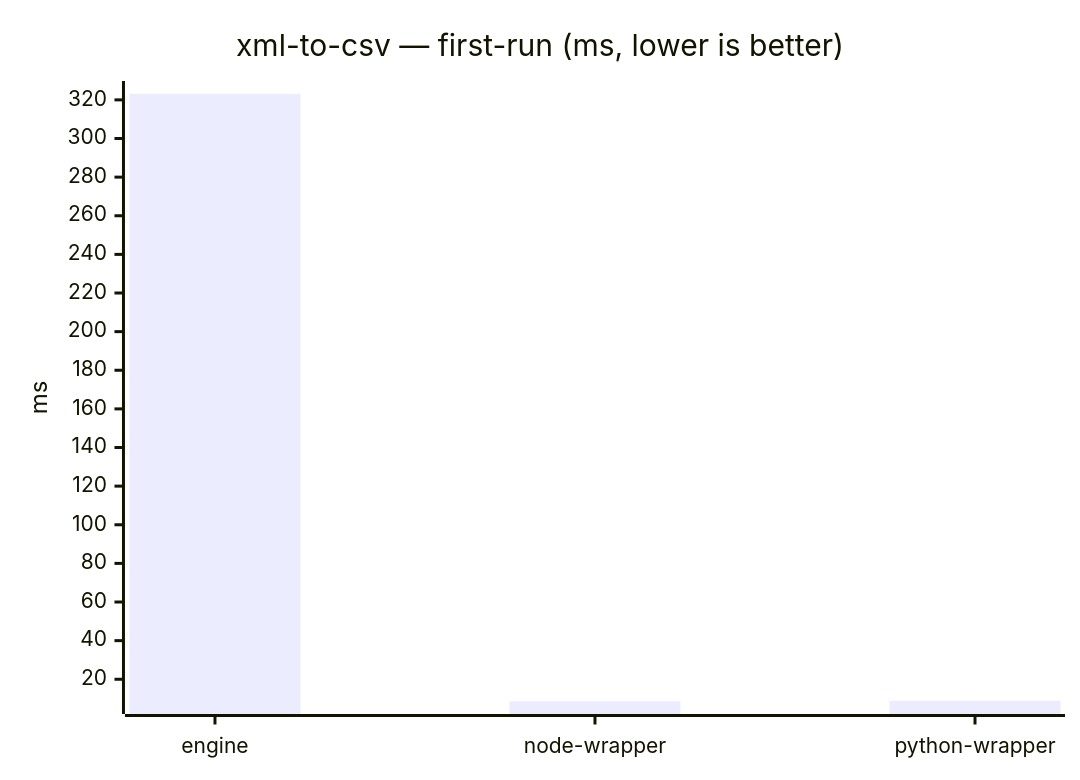
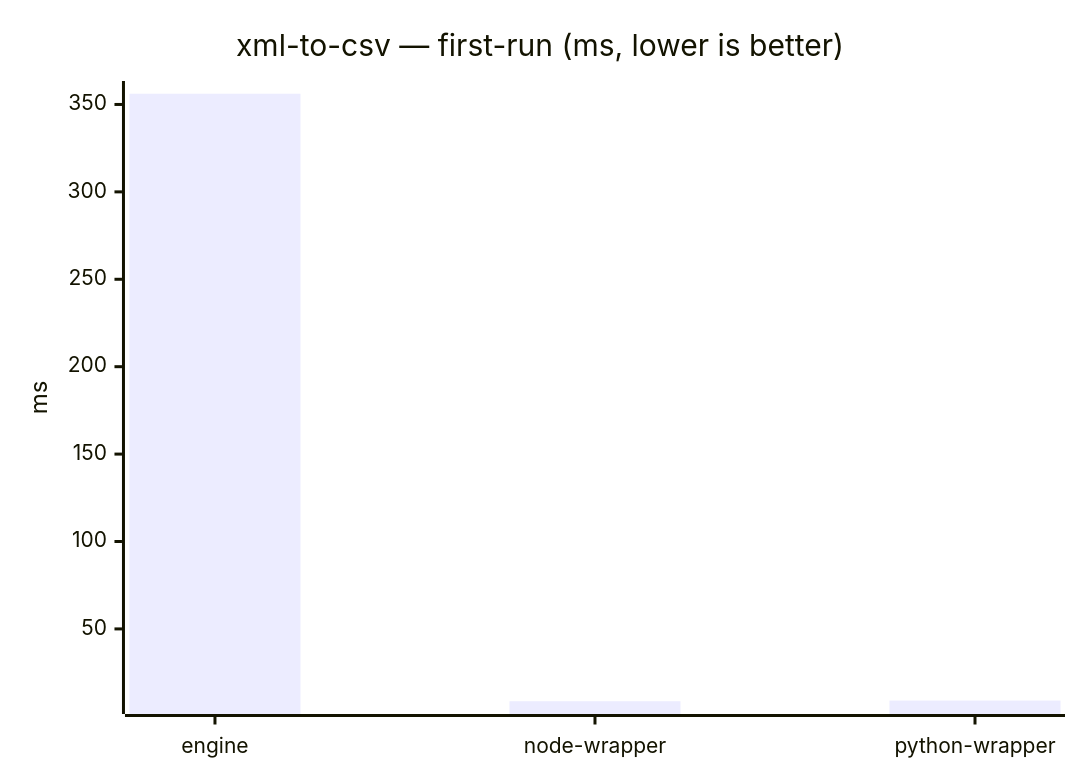
One commit to mulesoft/data-weave-cli changed the ninth of 23 diagrams in benchmarks/report/RESULTS.md. Above: the diagram before and after it, drawn with Mermaid. The commit also changed other lines of this file, not shown here.

````diff
--- a/benchmarks/report/RESULTS.md
+++ b/benchmarks/report/RESULTS.md
@@ -116,7 +116,7 @@
 ```mermaid
 xychart-beta
     title "xml-to-csv — first-run (ms, lower is better)"
     x-axis ["engine", "node-wrapper", "python-wrapper"]
     y-axis "ms"
-    bar [323.172, 8.615, 8.832]
+    bar [356.126, 8.621, 9.009]
 ```
````
